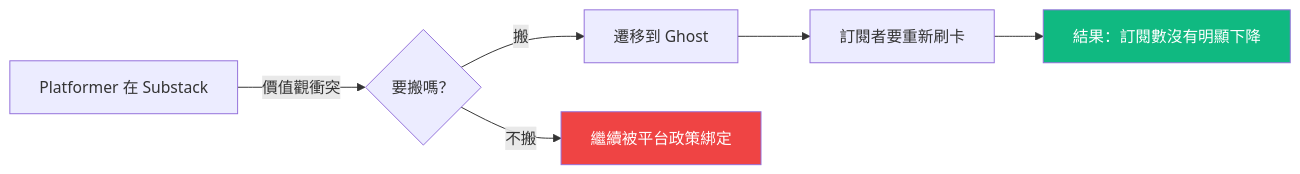
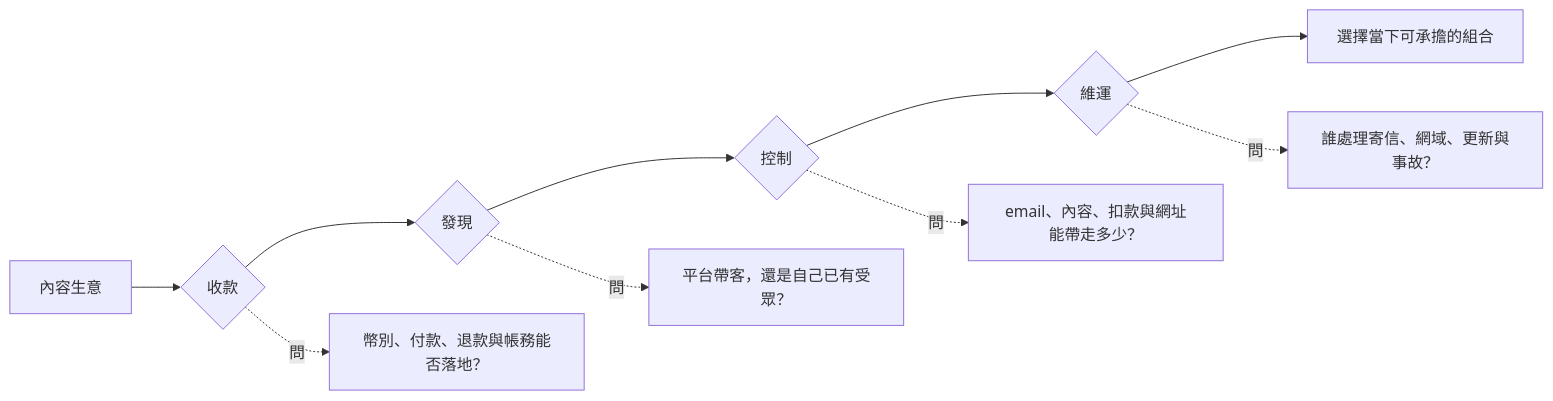
Before and after one commit to vincentxuu/quidproquo: the first of 3 diagrams in src/content/posts/product/2026-09-16-ugc-platform-creator-economy.md, drawn with Mermaid. The commit also changed other lines of this file and 108 other files, not shown here.

````diff
--- a/src/content/posts/product/2026-09-16-ugc-platform-creator-economy.md
+++ b/src/content/posts/product/2026-09-16-ugc-platform-creator-economy.md
@@ -85,10 +28,12 @@
 ```mermaid
-graph LR
-    A[Platformer 在 Substack] -->|價值觀衝突| B{要搬嗎？}
-    B -->|搬| C[遷移到 Ghost]
-    C --> D[訂閱者要重新刷卡]
-    D --> E[結果：訂閱數沒有明顯下降]
-    B -->|不搬| F[繼續被平台政策綁定]
-    style E fill:#10b981,color:#fff
-    style F fill:#ef4444,color:#fff
+flowchart LR
+    A[內容生意] --> B{收款}
+    B --> C{發現}
+    C --> D{控制}
+    D --> E{維運}
+    E --> F[選擇當下可承擔的組合]
+    B -.問.-> B1[幣別、付款、退款與帳務能否落地？]
+    C -.問.-> C1[平台帶客，還是自己已有受眾？]
+    D -.問.-> D1[email、內容、扣款與網址能帶走多少？]
+    E -.問.-> E1[誰處理寄信、網域、更新與事故？]
 ```
````
